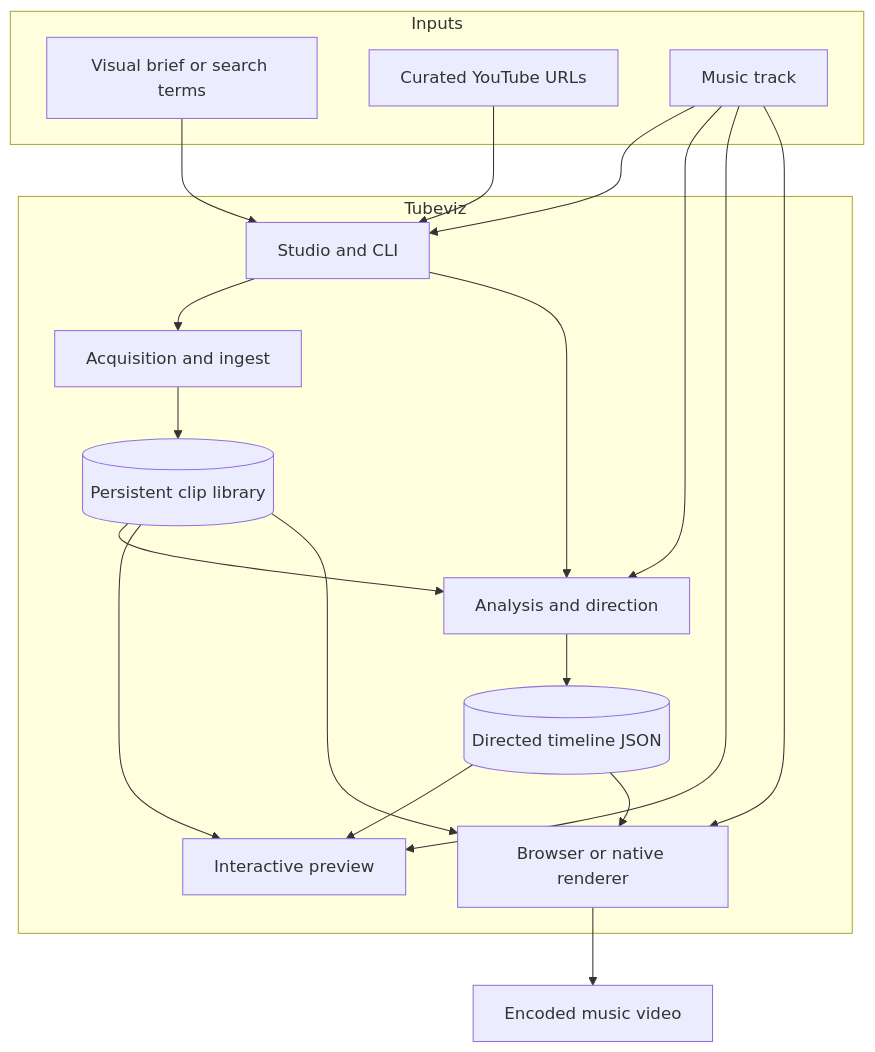
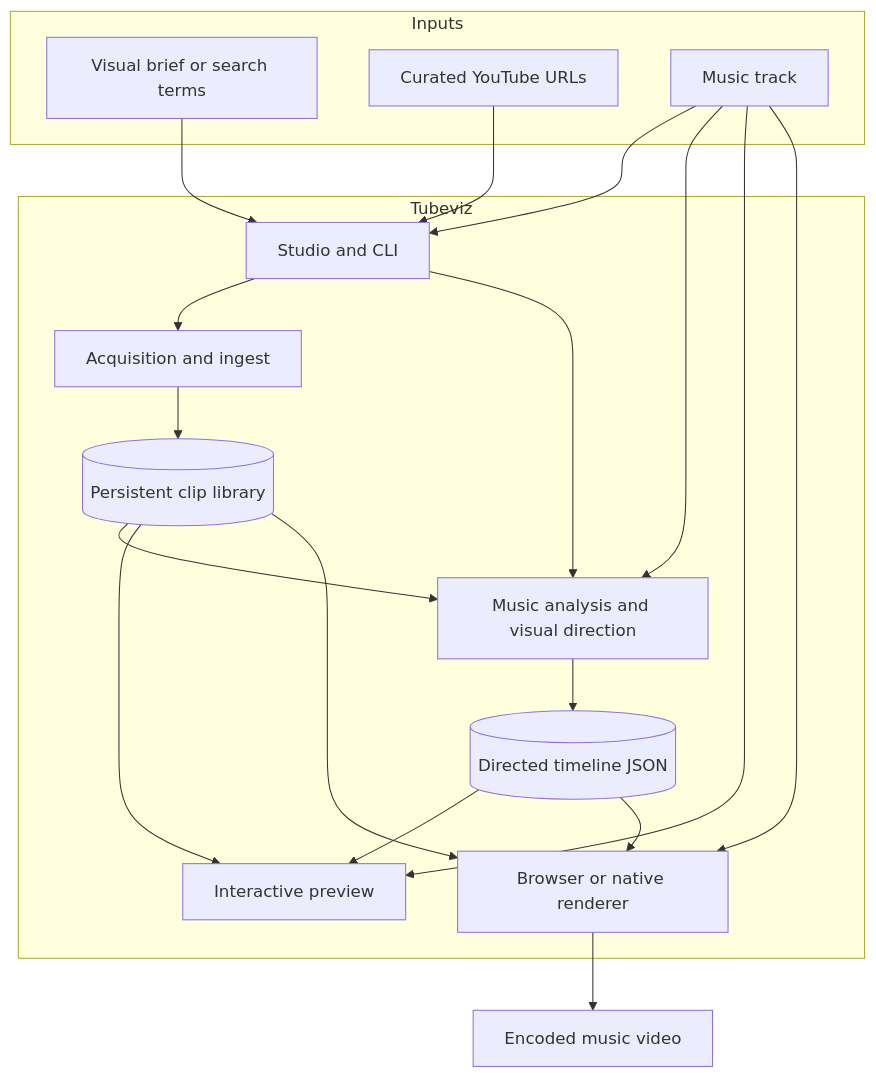
One commit to interrupt21h/tubeviz changed the first of 2 diagrams in README.md. Above: the diagram before and after it, drawn with Mermaid. The commit also changed other lines of this file and 37 other files, not shown here.

````diff
--- a/README.md
+++ b/README.md
@@ -72,35 +31,35 @@
 ```mermaid
 flowchart TB
     subgraph Inputs
         BRIEF["Visual brief or search terms"]
         URLS["Curated YouTube URLs"]
         AUDIO["Music track"]
     end
 
     subgraph Tubeviz
         STUDIO["Studio and CLI"]
         INGEST["Acquisition and ingest"]
         LIB[("Persistent clip library")]
-        PLAN["Analysis and direction"]
+        PLAN["Music analysis and visual direction"]
         TL[("Directed timeline JSON")]
         PREVIEW["Interactive preview"]
         RENDER["Browser or native renderer"]
     end
 
     BRIEF --> STUDIO
     URLS --> STUDIO
     AUDIO --> STUDIO
     STUDIO --> INGEST
     INGEST --> LIB
-    STUDIO --> PLAN
     AUDIO --> PLAN
     LIB --> PLAN
+    STUDIO --> PLAN
     PLAN --> TL
     TL --> PREVIEW
     TL --> RENDER
     LIB --> PREVIEW
     LIB --> RENDER
     AUDIO --> PREVIEW
     AUDIO --> RENDER
     RENDER --> OUTPUT["Encoded music video"]
 ```
````
